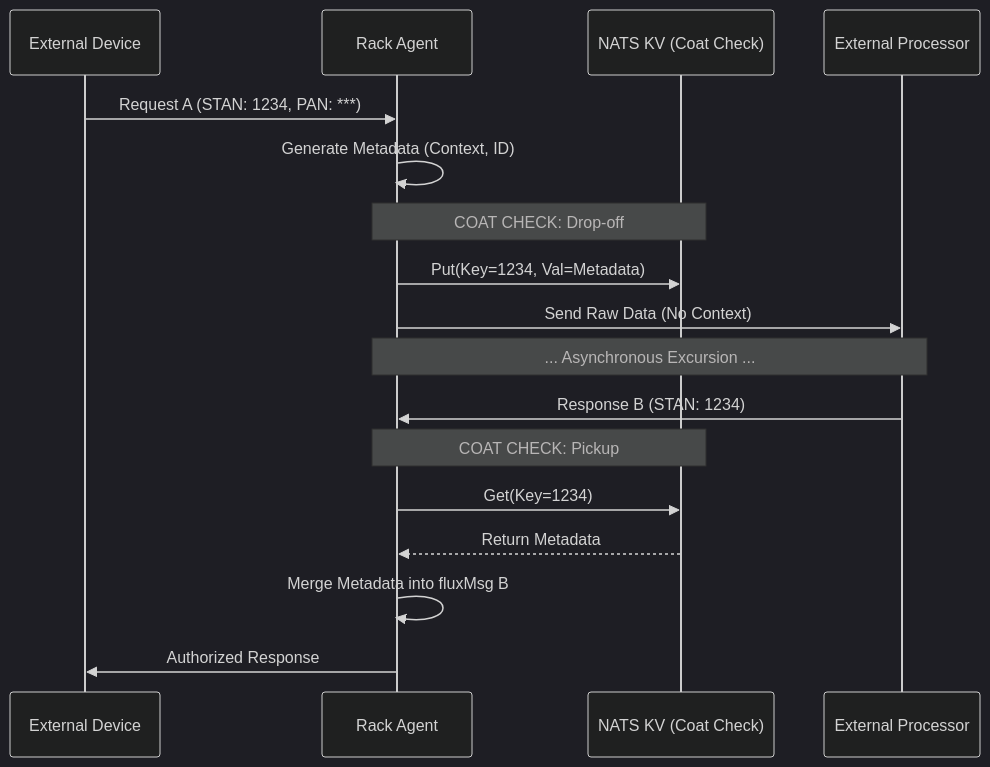
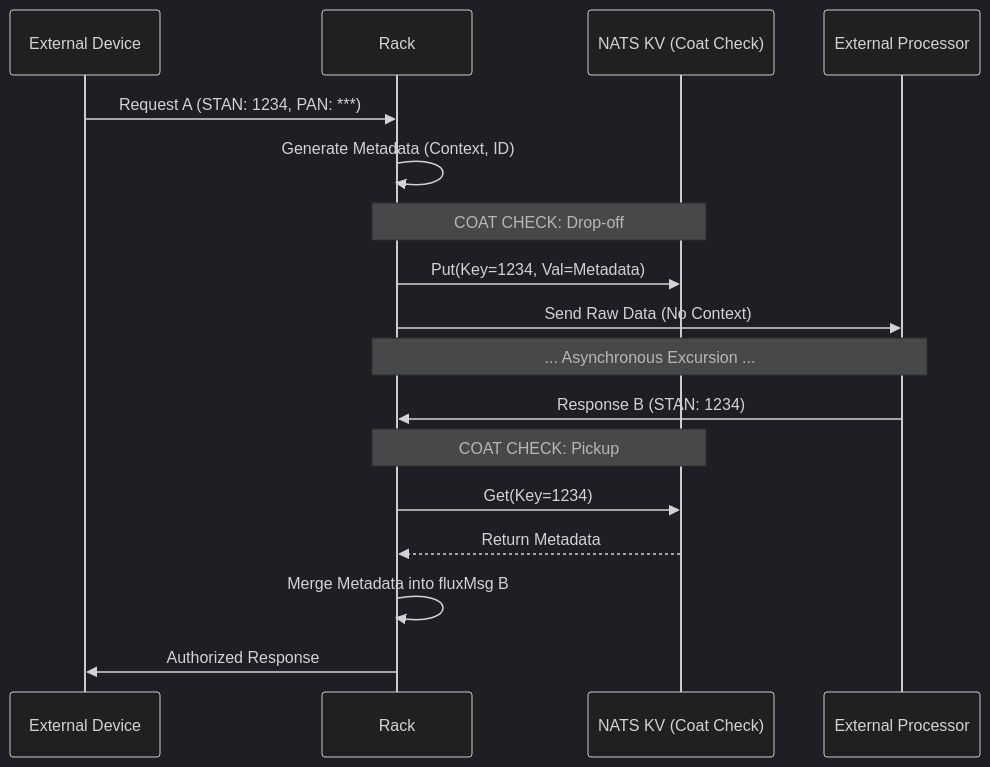
Before and after one commit to fluxrig/website: the diagram in docs/architecture/message_flow.md, drawn with Mermaid (dark theme). The commit also changed other lines of this file and 38 other files, not shown here.

````diff
--- a/docs/architecture/message_flow.md
+++ b/docs/architecture/message_flow.md
@@ -69,22 +75,22 @@
 ```mermaid
 sequenceDiagram
     participant POS as External Device
-    participant Rx as Rack Agent
+    participant Rx as Rack
     participant KV as NATS KV (Coat Check)
     participant Bank as External Processor
     
     POS->>Rx: Request A (STAN: 1234, PAN: ***)
     Rx->>Rx: Generate Metadata (Context, ID)
     Note over Rx,KV: COAT CHECK: Drop-off
     Rx->>KV: Put(Key=1234, Val=Metadata)
     Rx->>Bank: Send Raw Data (No Context)
     
     Note over Rx,Bank: ... Asynchronous Excursion ...
     
     Bank->>Rx: Response B (STAN: 1234)
     Note over Rx,KV: COAT CHECK: Pickup
     Rx->>KV: Get(Key=1234)
     KV-->>Rx: Return Metadata
     Rx->>Rx: Merge Metadata into fluxMsg B
     Rx->>POS: Authorized Response
 ```
````
